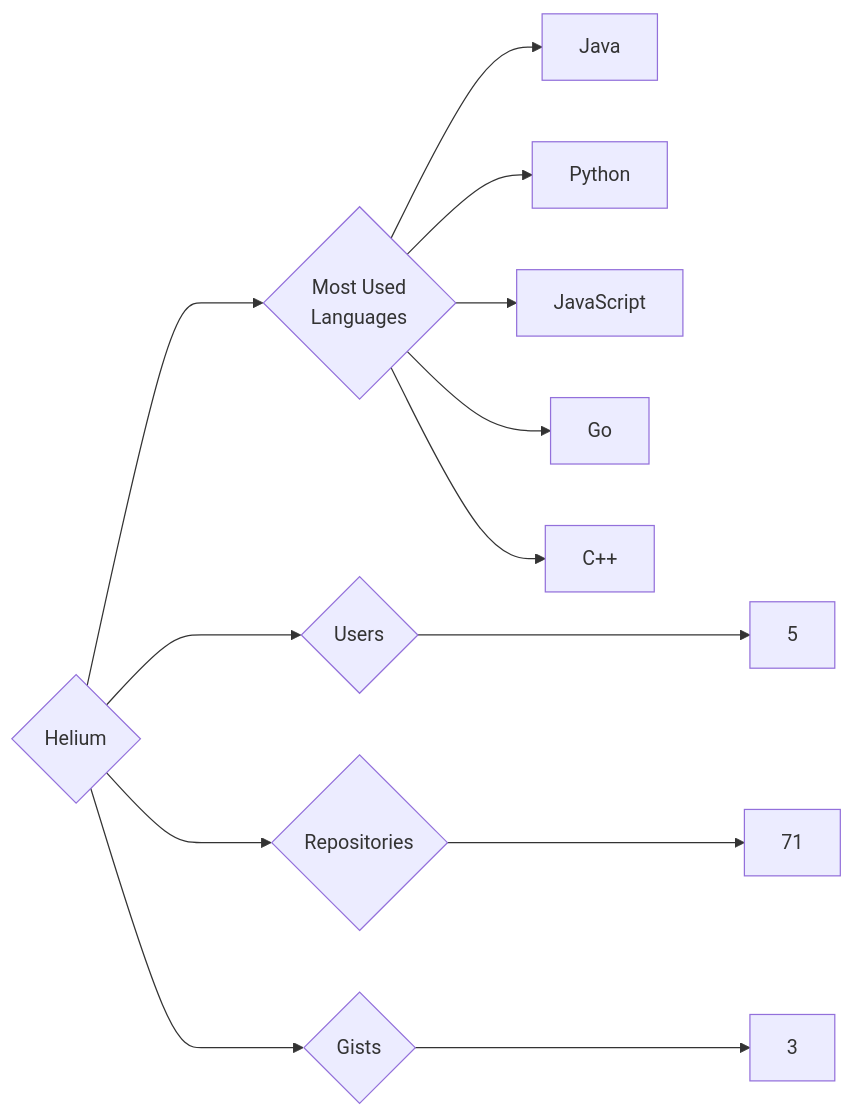
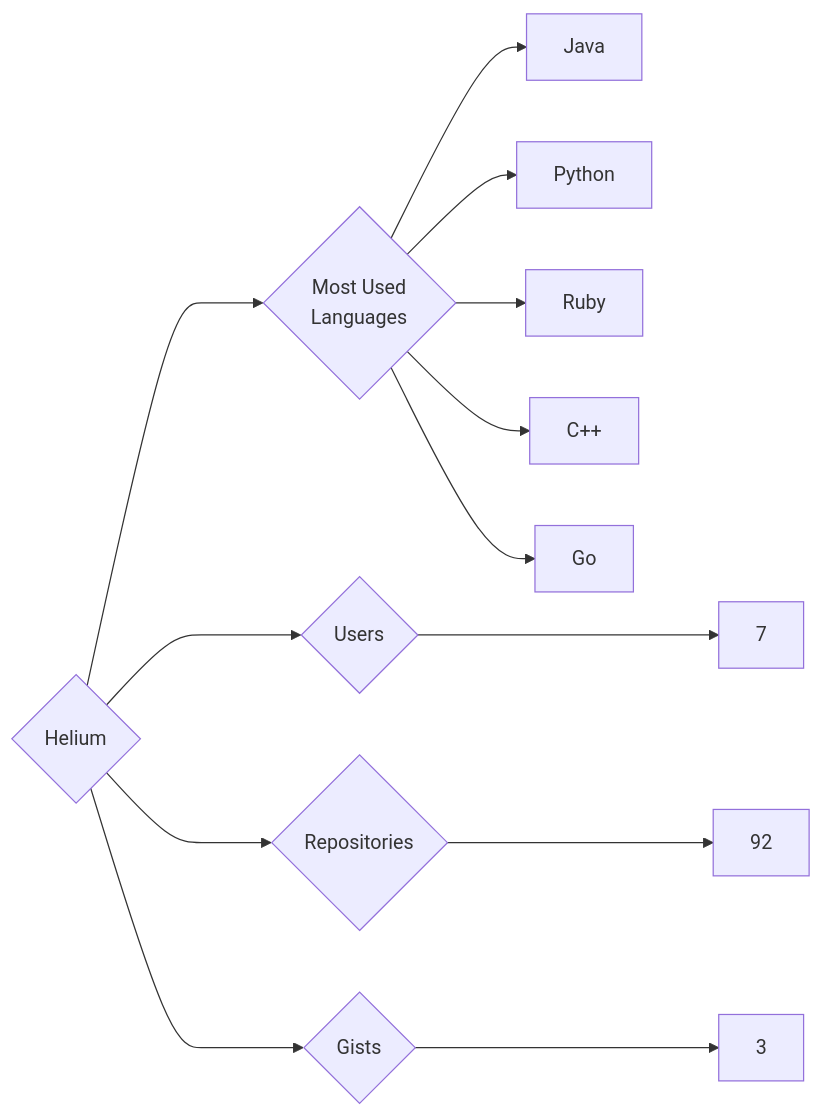
Before and after one commit to trickest/insiders: the diagram in targets/Helium/README.md, drawn with Mermaid. The commit also changed 912 other files, not shown here.

````diff
--- a/targets/Helium/README.md
+++ b/targets/Helium/README.md
@@ -3,13 +3,13 @@
 ```mermaid
 graph LR
 COMPANY_NAME{Helium}
-COMPANY_NAME ---> U{Users} ---> UN[5]
-COMPANY_NAME ---> R{Repositories} ---> RN[71]
+COMPANY_NAME ---> U{Users} ---> UN[7]
+COMPANY_NAME ---> R{Repositories} ---> RN[92]
 COMPANY_NAME ---> G{Gists} ---> GN[3]
 COMPANY_NAME ---> ML{Most Used<br>Languages}
 ML --> Java[Java]
 ML --> Python[Python]
-ML --> JavaScript[JavaScript]
+ML --> Ruby[Ruby]
+ML --> C++[C++]
 ML --> Go[Go]
-ML --> C++[C++]
 ```
````
